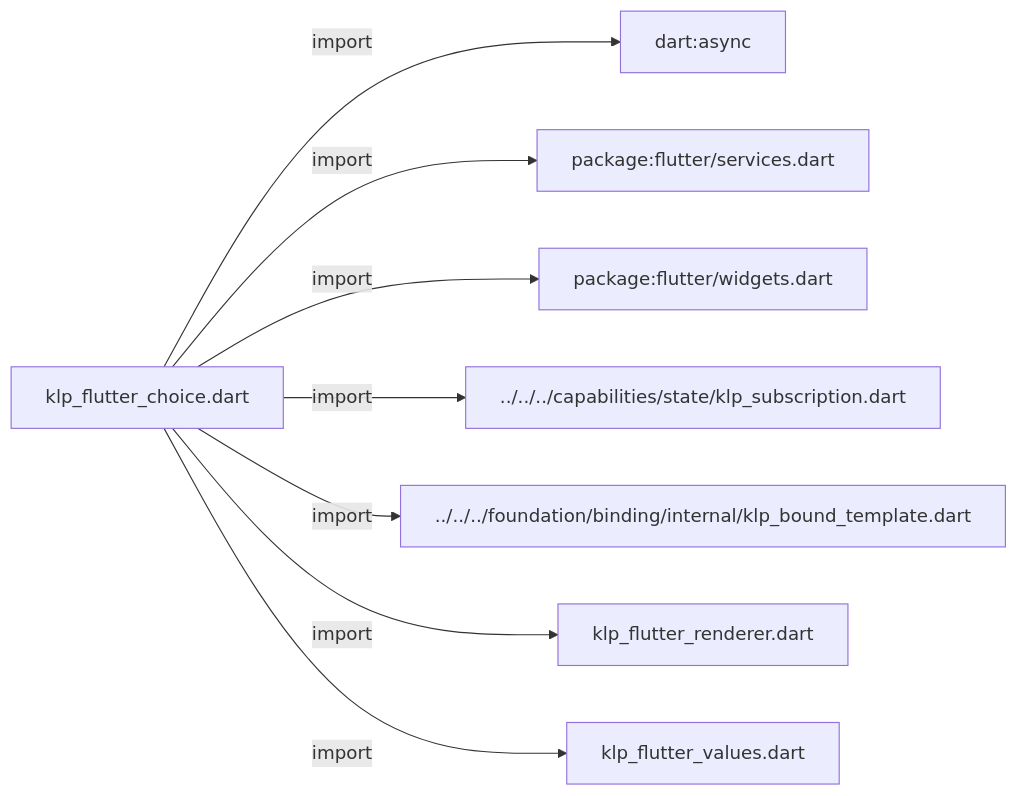
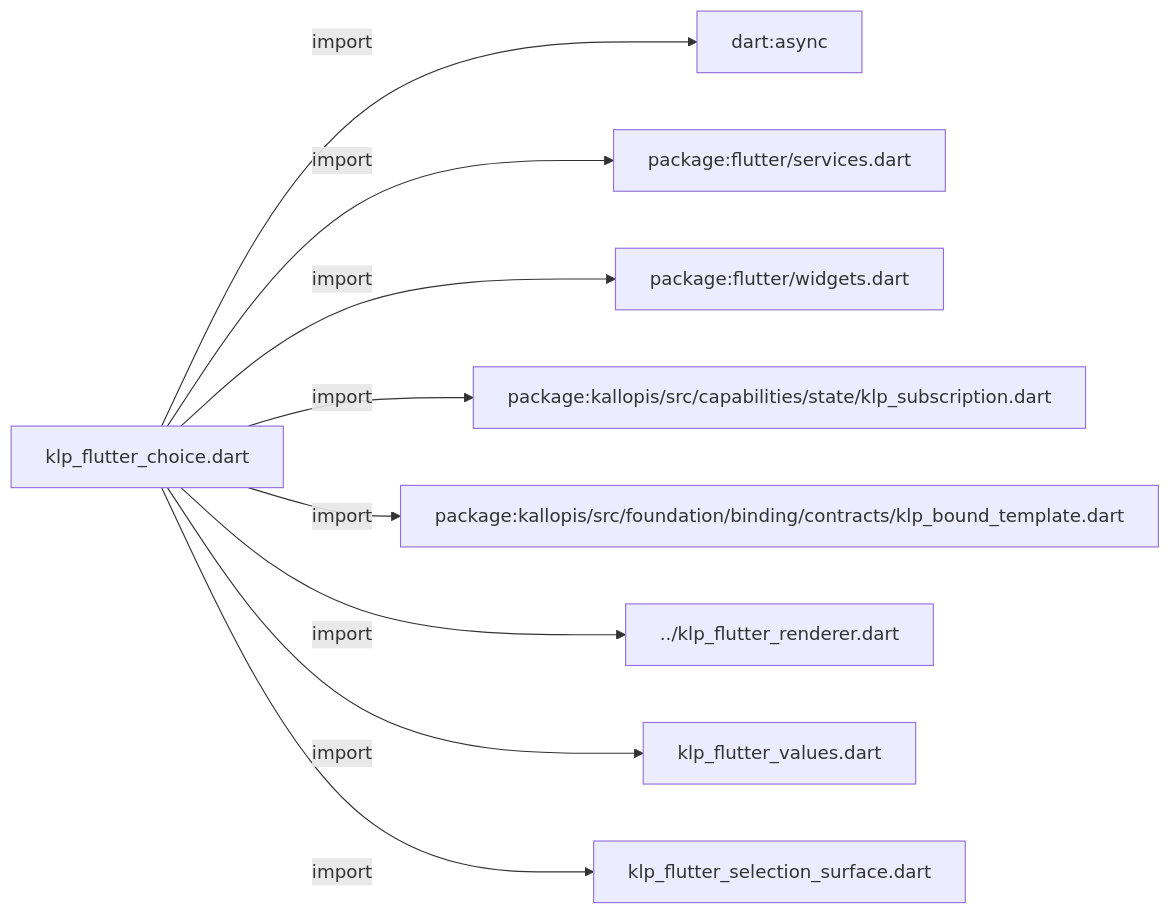
Before and after one commit to MiuDog/Kallopis: the first of 4 diagrams in docs/architecture/src/rendering/flutter/internal/klp_flutter_choice.md, drawn with Mermaid. The commit also changed other lines of this file and 9688 other files, not shown here.

Commit message:
Prepare isolated Flow F2 peer baseline

````diff
--- a/docs/architecture/src/rendering/flutter/internal/klp_flutter_choice.md
+++ b/docs/architecture/src/rendering/flutter/internal/klp_flutter_choice.md
@@ -11,18 +11,20 @@
 ```mermaid
 flowchart LR
 	n0["klp_flutter_choice.dart"]
 	n1["dart:async"]
 	n2["package:flutter/services.dart"]
 	n3["package:flutter/widgets.dart"]
-	n4["../../../capabilities/state/klp_subscription.dart"]
-	n5["../../../foundation/binding/internal/klp_bound_template.dart"]
-	n6["klp_flutter_renderer.dart"]
+	n4["package:kallopis/src/capabilities/state/klp_subscription.dart"]
+	n5["package:kallopis/src/foundation/binding/contracts/klp_bound_template.dart"]
+	n6["../klp_flutter_renderer.dart"]
 	n7["klp_flutter_values.dart"]
+	n8["klp_flutter_selection_surface.dart"]
 	n0 -->|"import"| n1
 	n0 -->|"import"| n2
 	n0 -->|"import"| n3
 	n0 -->|"import"| n4
 	n0 -->|"import"| n5
 	n0 -->|"import"| n6
 	n0 -->|"import"| n7
+	n0 -->|"import"| n8
 ```
````
